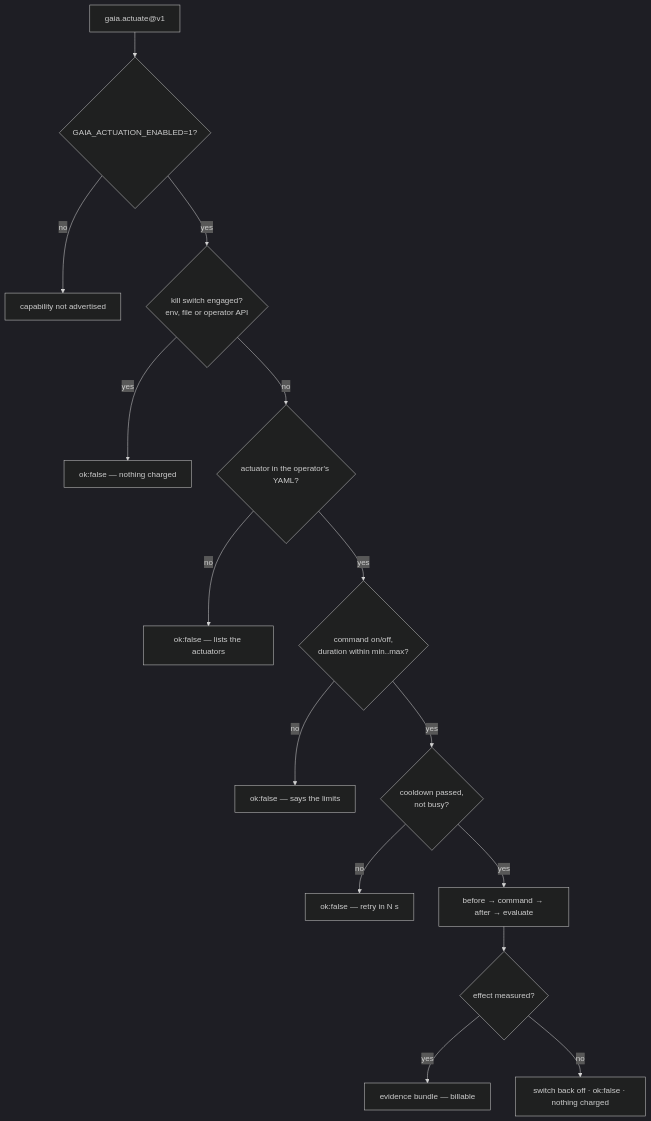
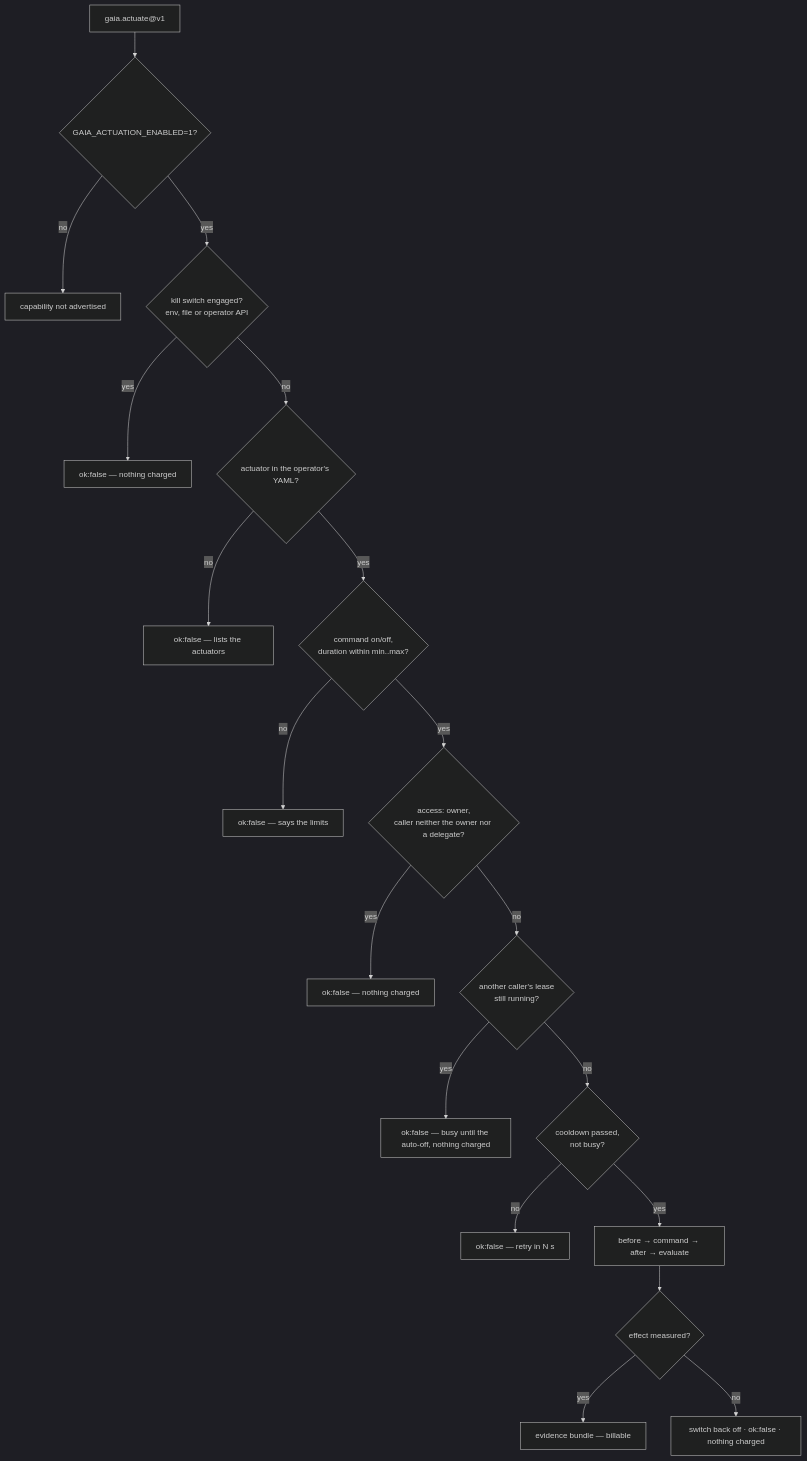
One commit to alexar76/gaia changed the fourth of 8 diagrams in docs/ACTUATION.md. Above: the diagram before and after it, drawn with Mermaid (dark theme). The commit also changed other lines of this file and 50 other files, not shown here.

````diff
--- a/docs/ACTUATION.md
+++ b/docs/ACTUATION.md
@@ -148,17 +184,21 @@
 ```mermaid
 flowchart TD
     A["gaia.actuate@v1"] --> B{GAIA_ACTUATION_ENABLED=1?}
     B -- no --> X1[capability not advertised]
     B -- yes --> C{kill switch engaged?<br/>env, file or operator API}
     C -- yes --> X2[ok:false — nothing charged]
     C -- no --> D{actuator in the operator's YAML?}
     D -- no --> X3[ok:false — lists the actuators]
     D -- yes --> E{command on/off,<br/>duration within min..max?}
     E -- no --> X4[ok:false — says the limits]
-    E -- yes --> F{cooldown passed,<br/>not busy?}
+    E -- yes --> AC{"access: owner,<br/>caller neither the owner nor a delegate?"}
+    AC -- yes --> X6["ok:false — nothing charged"]
+    AC -- no --> L{"another caller's lease<br/>still running?"}
+    L -- yes --> X7["ok:false — busy until the auto-off, nothing charged"]
+    L -- no --> F{cooldown passed,<br/>not busy?}
     F -- no --> X5[ok:false — retry in N s]
     F -- yes --> G[before → command → after → evaluate]
     G --> H{effect measured?}
     H -- yes --> OK[evidence bundle — billable]
     H -- no --> OFF[switch back off · ok:false · nothing charged]
 ```
````
